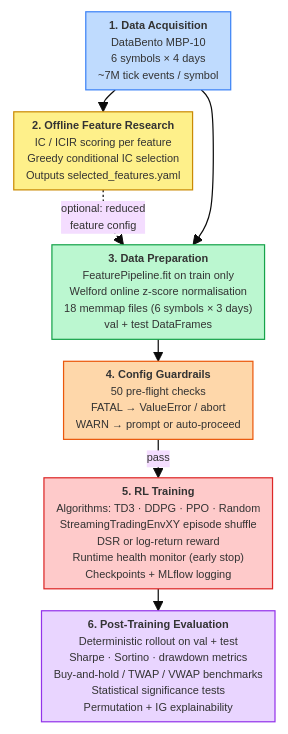
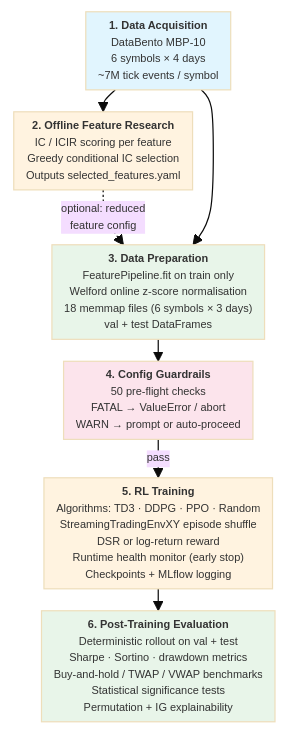
One commit to kwojdalski/masters_thesis changed the diagram in docs/diagrams/fig-experimental-pipeline.mmd. Above: the diagram before and after it, drawn with Mermaid. The commit also changed 4 other files, not shown here.

```diff
--- a/docs/diagrams/fig-experimental-pipeline.mmd
+++ b/docs/diagrams/fig-experimental-pipeline.mmd
@@ -1,22 +1,22 @@
 %%{init: {'theme': 'base', 'themeVariables': {'fontSize': '9px'}, 'flowchart': {'nodeSpacing': 14, 'rankSpacing': 18, 'padding': 5, 'useMaxWidth': true}}}%%
 flowchart TD
     ACQ["<b>1. Data Acquisition</b><br/>DataBento MBP-10<br/>6 symbols × 4 days<br/>~7M tick events / symbol"]
     RES["<b>2. Offline Feature Research</b><br/>IC / ICIR scoring per feature<br/>Greedy conditional IC selection<br/>Outputs selected_features.yaml"]
     PREP["<b>3. Data Preparation</b><br/>FeaturePipeline.fit on train only<br/>Welford online z-score normalisation<br/>18 memmap files (6 symbols × 3 days)<br/>val + test DataFrames"]
     GRD["<b>4. Config Guardrails</b><br/>50 pre-flight checks<br/>FATAL → ValueError / abort<br/>WARN → prompt or auto-proceed"]
     TRAIN["<b>5. RL Training</b><br/>Algorithms: TD3 · DDPG · PPO · Random<br/>StreamingTradingEnvXY episode shuffle<br/>DSR or log-return reward<br/>Runtime health monitor (early stop)<br/>Checkpoints + MLflow logging"]
     EVAL["<b>6. Post-Training Evaluation</b><br/>Deterministic rollout on val + test<br/>Sharpe · Sortino · drawdown metrics<br/>Buy-and-hold / TWAP / VWAP benchmarks<br/>Statistical significance tests<br/>Permutation + IG explainability"]
 
     ACQ --> RES
     RES -.->|"optional: reduced<br/>feature config"| PREP
     ACQ --> PREP
     PREP --> GRD
     GRD -->|"pass"| TRAIN
     TRAIN --> EVAL
 
-    style ACQ  fill:#bfdbfe,stroke:#3b82f6
-    style RES  fill:#fef08a,stroke:#ca8a04
-    style PREP fill:#bbf7d0,stroke:#16a34a
-    style GRD  fill:#fed7aa,stroke:#ea580c
-    style TRAIN fill:#fecaca,stroke:#dc2626
-    style EVAL fill:#e9d5ff,stroke:#9333ea
+    style ACQ  fill:#e1f5fe
+    style RES  fill:#fff3e0
+    style PREP fill:#e8f5e9
+    style GRD  fill:#fce4ec
+    style TRAIN fill:#fff3e0
+    style EVAL fill:#e8f5e9
```
